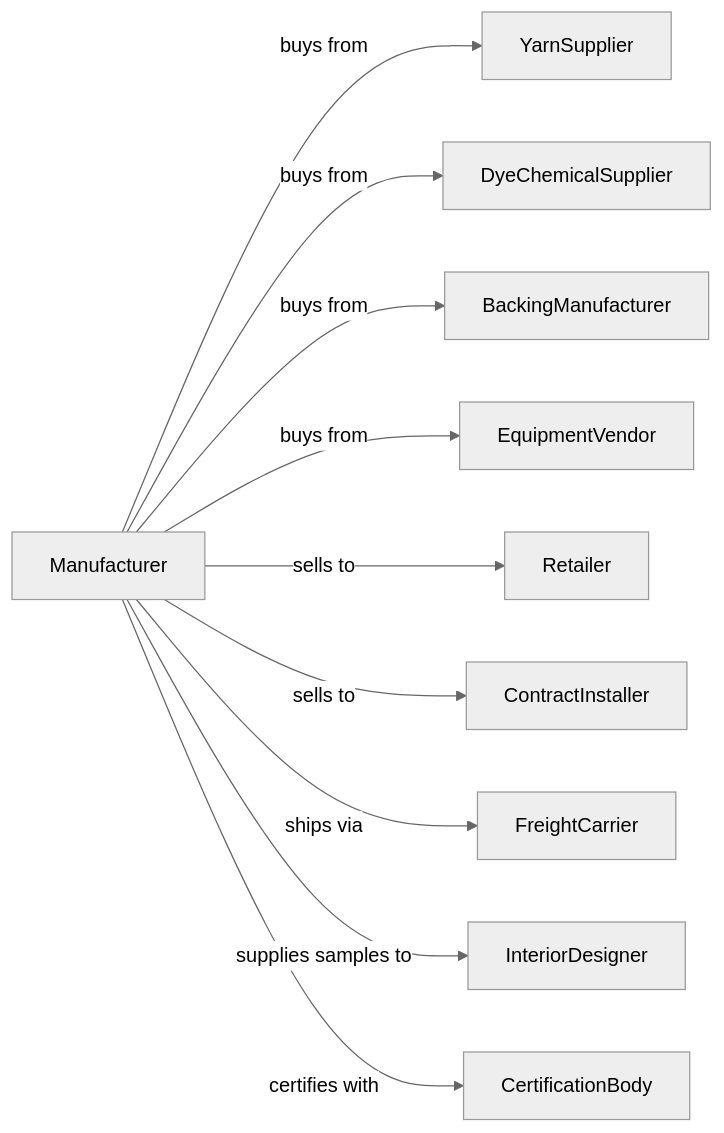
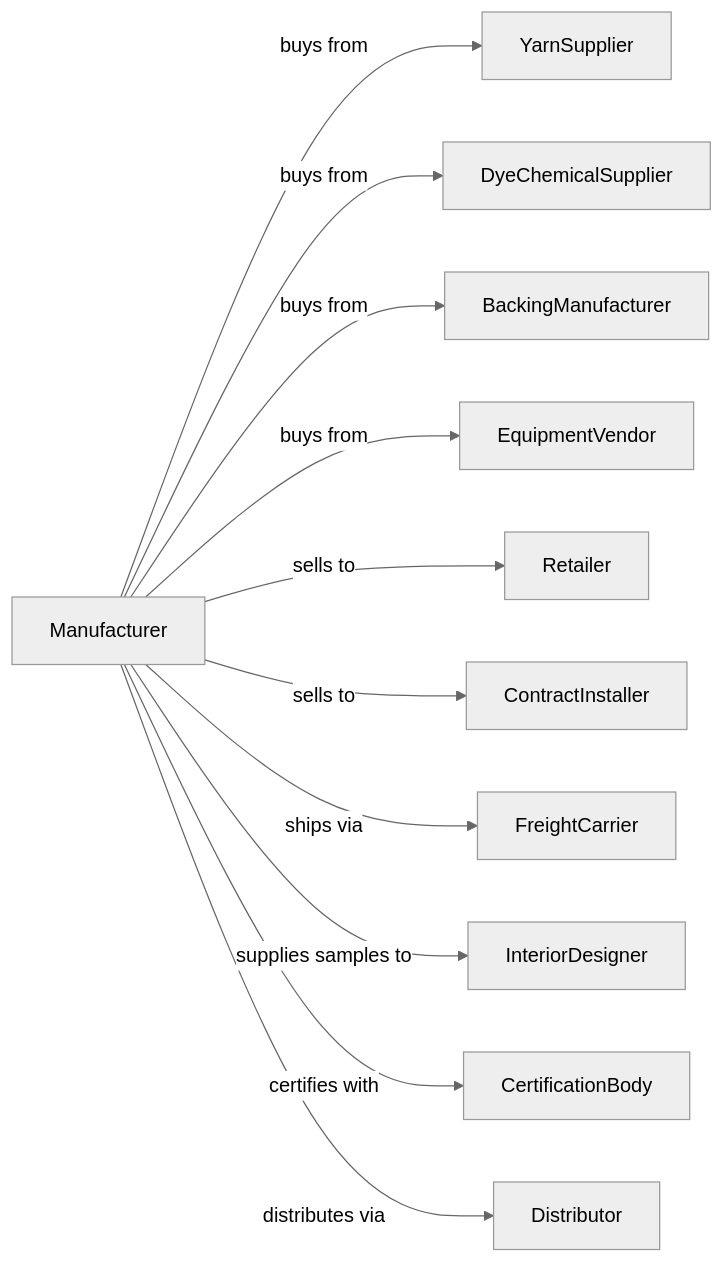
The second of 2 diagrams in Manufacturing/TextileProductMills/TextileFurnishingsMills/CarpetAndRugMills.mdx (dot-org-ai/industries.org.ai), drawn with Mermaid (neutral theme) before and after one commit. The commit also changed 588 other files, not shown here.

````diff
--- a/Manufacturing/TextileProductMills/TextileFurnishingsMills/CarpetAndRugMills.mdx
+++ b/Manufacturing/TextileProductMills/TextileFurnishingsMills/CarpetAndRugMills.mdx
@@ -136,14 +136,15 @@
 ```mermaid
 graph LR
     M[Manufacturer]
 
     M -->|buys from| YarnSupplier
     M -->|buys from| DyeChemicalSupplier
     M -->|buys from| BackingManufacturer
     M -->|buys from| EquipmentVendor
     M -->|sells to| Retailer
     M -->|sells to| ContractInstaller
     M -->|ships via| FreightCarrier
     M -->|supplies samples to| InteriorDesigner
     M -->|certifies with| CertificationBody
+    M -->|distributes via| Distributor
 ```
````
